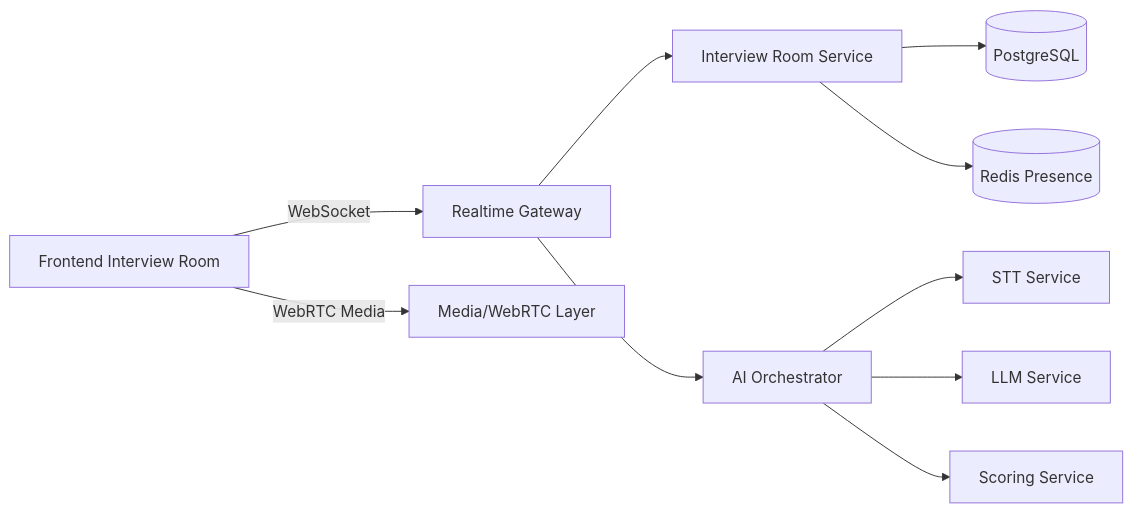
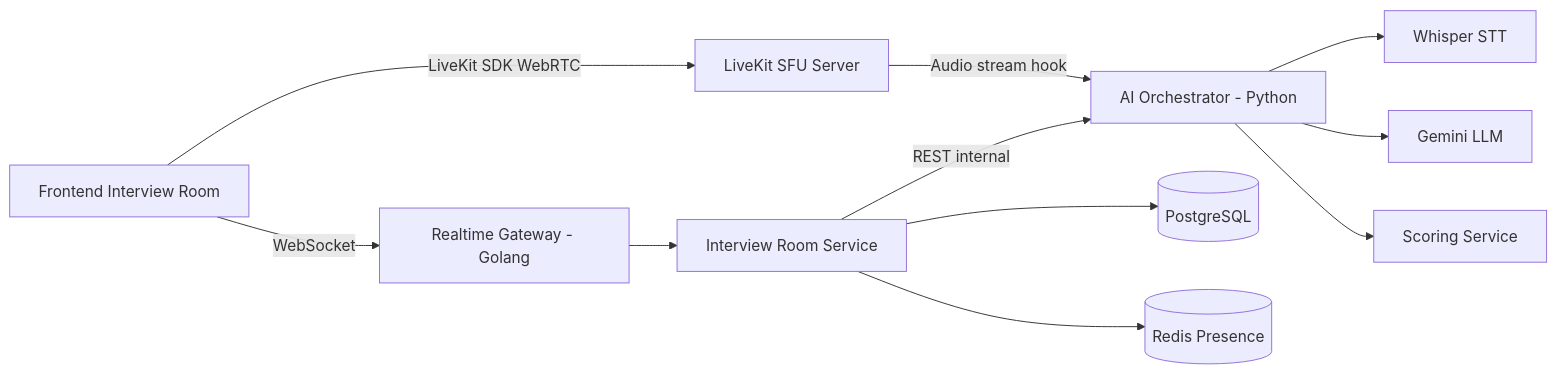
Before and after one commit to nguyenhung2203/Cuoc-Thi-AI: the first of 5 diagrams in docs/REALTIME_EVENTS.md, drawn with Mermaid. The commit also changed other lines of this file and 5 other files, not shown here.

````diff
--- a/docs/REALTIME_EVENTS.md
+++ b/docs/REALTIME_EVENTS.md
@@ -24,12 +24,13 @@
 ```mermaid
 flowchart LR
-    A[Frontend Interview Room] -->|WebSocket| B[Realtime Gateway]
-    A -->|WebRTC Media| C[Media/WebRTC Layer]
+    A[Frontend Interview Room] -->|WebSocket| B[Realtime Gateway - Golang]
+    A -->|LiveKit SDK WebRTC| SFU[LiveKit SFU Server]
+    SFU -->|Audio stream hook| E[AI Orchestrator - Python]
     B --> D[Interview Room Service]
-    B --> E[AI Orchestrator]
-    E --> F[STT Service]
-    E --> G[LLM Service]
+    D -->|REST internal| E
+    E --> F[Whisper STT]
+    E --> G[Gemini LLM]
     E --> H[Scoring Service]
     D --> I[(PostgreSQL)]
     D --> J[(Redis Presence)]
 ```
````
